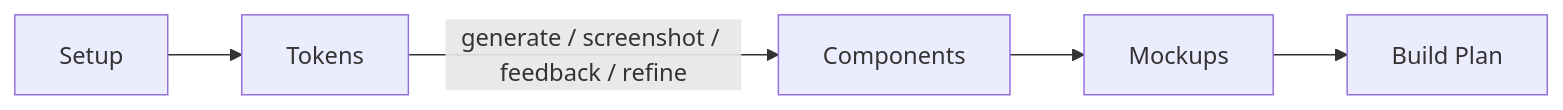
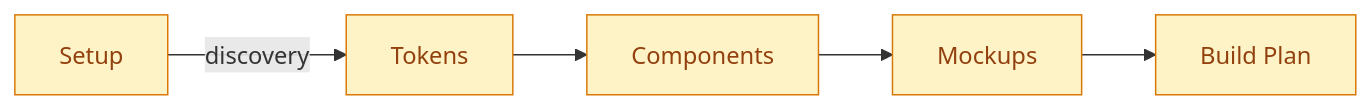
The fifth of 5 diagrams in README.md (dev-eloper1/clarity-loop), drawn with Mermaid before and after one commit. The commit also changed other lines of this file and 3 other files, not shown here.

First line of the commit message:
Clean up diagrams and consolidate to single .pen file

````diff
--- a/README.md
+++ b/README.md
@@ -214,7 +239,10 @@
 ```mermaid
 flowchart LR
-    S["Setup"] --> T["Tokens"]
-    T -->|"generate / screenshot / feedback / refine"| C["Components"]
-    C --> M["Mockups"]
-    M --> B["Build Plan"]
+    classDef human fill:#fef3c7,stroke:#d97706,color:#92400e
+    classDef gate fill:#dcfce7,stroke:#16a34a,color:#166534
+
+    S["Setup"]:::human -->|"discovery"| T["Tokens"]:::human
+    T --> C["Components"]:::human
+    C --> M["Mockups"]:::human
+    M --> B["Build Plan"]:::human
 ```
````
